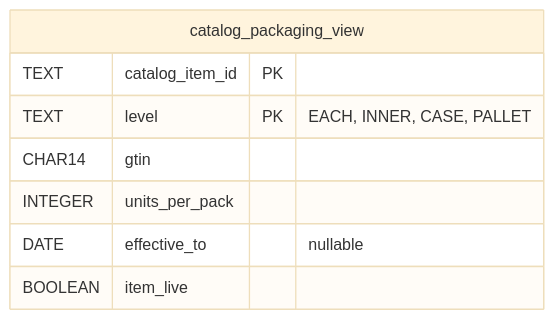
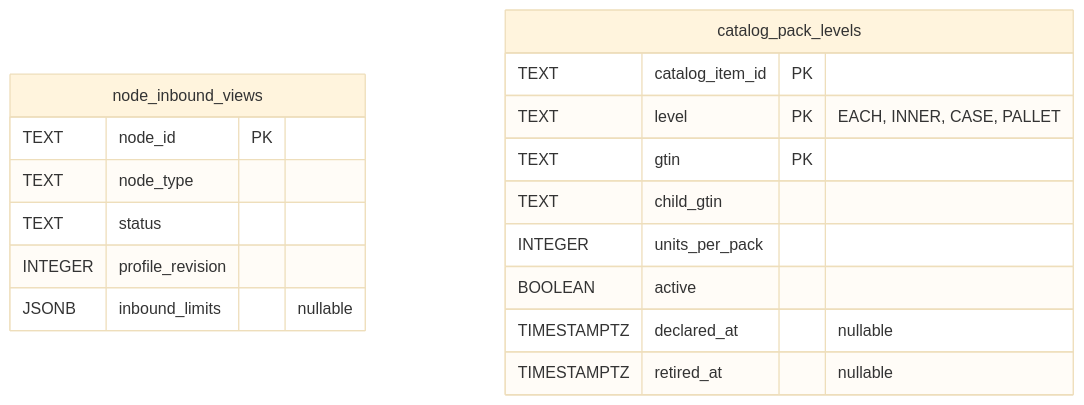
The third of 5 diagrams in network/docs/contexts/seller-inbound/entity-relationship.md (IQVO/warehouse-docs), drawn with Mermaid (base theme) before and after one commit. The commit also changed other lines of this file and 15 other files, not shown here.

First line of the commit message:
docs(network): slice 3b - seller-inbound pack flipped to as built (14 pages) + model UL code ids

````diff
--- a/network/docs/contexts/seller-inbound/entity-relationship.md
+++ b/network/docs/contexts/seller-inbound/entity-relationship.md
@@ -96,11 +84,20 @@
 ```mermaid
 erDiagram
-    catalog_packaging_view {
+    node_inbound_views {
+        TEXT node_id PK
+        TEXT node_type
+        TEXT status
+        INTEGER profile_revision
+        JSONB inbound_limits "nullable"
+    }
+    catalog_pack_levels {
         TEXT catalog_item_id PK
         TEXT level PK "EACH, INNER, CASE, PALLET"
-        CHAR14 gtin
+        TEXT gtin PK
+        TEXT child_gtin
         INTEGER units_per_pack
-        DATE effective_to "nullable"
-        BOOLEAN item_live
+        BOOLEAN active
+        TIMESTAMPTZ declared_at "nullable"
+        TIMESTAMPTZ retired_at "nullable"
     }
 ```
````
